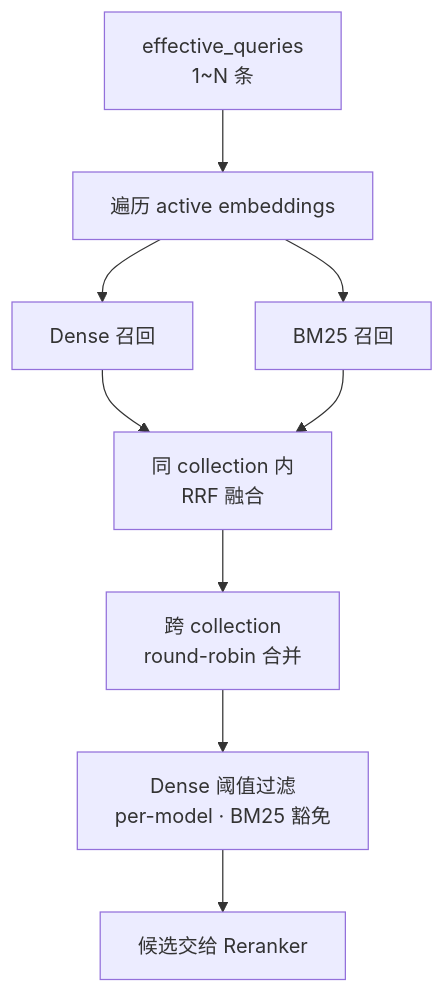
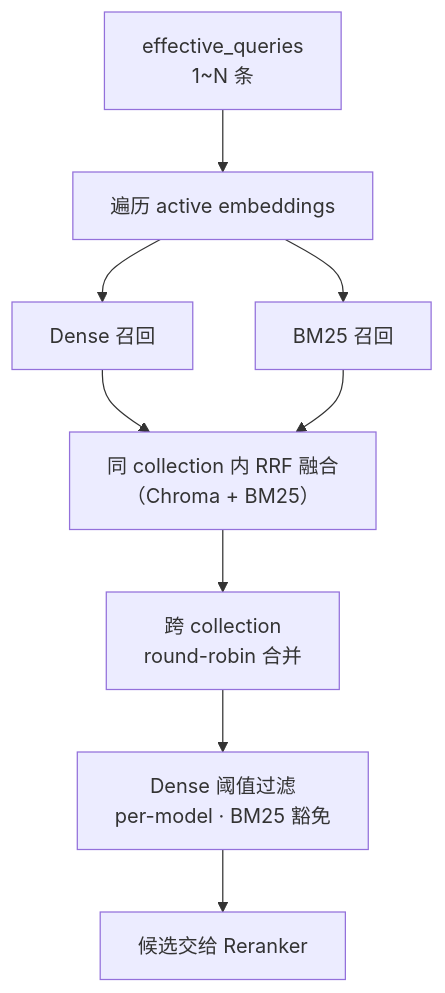
Before and after one commit to michaelwangzhenan/AgentA: the tenth of 27 diagrams in docs/design.md, drawn with Mermaid. The commit also changed other lines of this file and 13 other files, not shown here.

````diff
--- a/docs/design.md
+++ b/docs/design.md
@@ -256,11 +243,11 @@
 ```mermaid
 flowchart TD
     EQ["effective_queries<br/>1~N 条"] --> PCL["遍历 active embeddings"]
     PCL --> DSE["Dense 召回"]
     PCL --> BMR["BM25 召回"]
-    DSE --> RRF["同 collection 内<br/>RRF 融合"]
+    DSE --> RRF["同 collection 内 RRF 融合<br/>（Chroma + BM25）"]
     BMR --> RRF
     RRF --> RR["跨 collection<br/>round-robin 合并"]
     RR --> TH["Dense 阈值过滤<br/>per-model · BM25 豁免"]
     TH --> OUT["候选交给 Reranker"]
 ```
````
